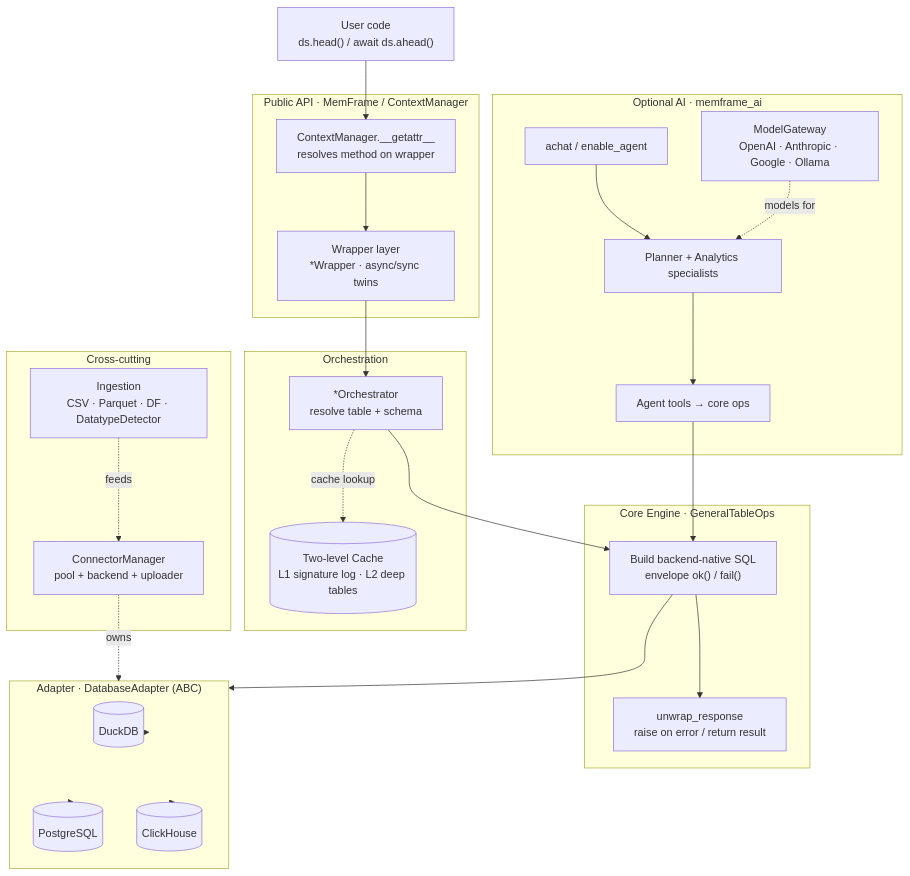
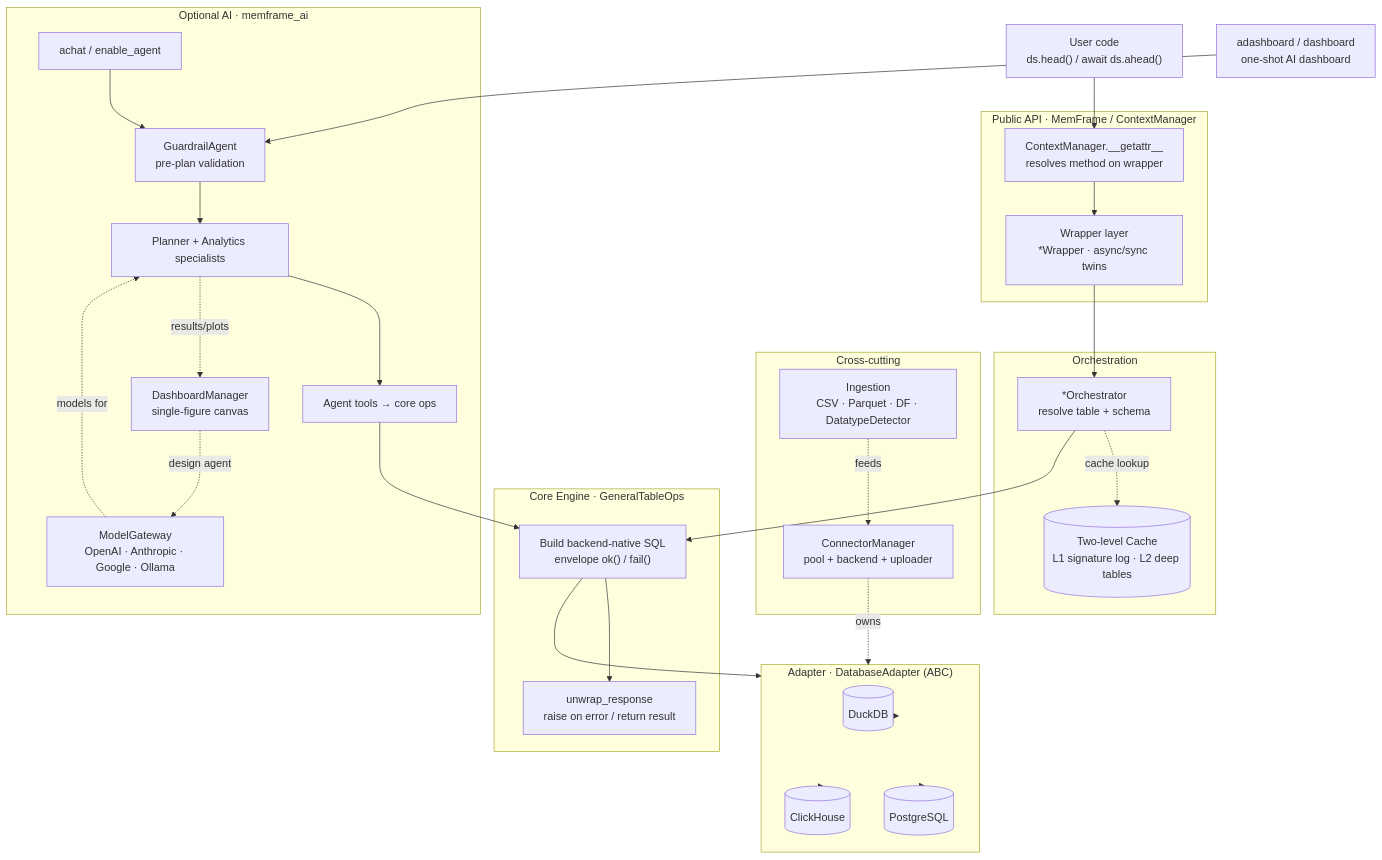
One commit to Debojit95/memFrame changed the diagram in docs/architecture.md. Above: the diagram before and after it, drawn with Mermaid. The commit also changed other lines of this file and 2 other files, not shown here.

Commit message:
docs: document query guardrail agent and dashboard architecture

````diff
--- a/docs/architecture.md
+++ b/docs/architecture.md
@@ -9,47 +9,55 @@
 ```mermaid
 flowchart TD
     U["User code<br/>ds.head() / await ds.ahead()"]
 
     subgraph PUBLIC["Public API · MemFrame / ContextManager"]
       CM["ContextManager.__getattr__<br/>resolves method on wrapper"]
       WR["Wrapper layer<br/>*Wrapper · async/sync twins"]
     end
 
     subgraph ORCH["Orchestration"]
       OR["*Orchestrator<br/>resolve table + schema"]
       CACHE[("Two-level Cache<br/>L1 signature log · L2 deep tables")]
     end
 
     subgraph CORE["Core Engine · GeneralTableOps"]
       SQL["Build backend-native SQL<br/>envelope ok() / fail()"]
       RESP["unwrap_response<br/>raise on error / return result"]
     end
 
     subgraph ADAPT["Adapter · DatabaseAdapter (ABC)"]
       D[("DuckDB")]
       P[("PostgreSQL")]
       C[("ClickHouse")]
     end
 
     subgraph SUBS["Cross-cutting"]
       CONN["ConnectorManager<br/>pool + backend + uploader"]
       ING["Ingestion<br/>CSV · Parquet · DF · DatatypeDetector"]
     end
 
     subgraph AI["Optional AI · memframe_ai"]
       CHAT["achat / enable_agent"]
+      GUARD["GuardrailAgent<br/>pre-plan validation"]
       AGT["Planner + Analytics specialists"]
       TOOLS["Agent tools → core ops"]
       GW["ModelGateway<br/>OpenAI · Anthropic · Google · Ollama"]
+      CANVAS["DashboardManager<br/>single-figure canvas"]
     end
+
+    ADASH["adashboard / dashboard<br/>one-shot AI dashboard"]
 
     U --> CM --> WR --> OR
     OR -. cache lookup .-> CACHE
     OR --> SQL --> ADAPT
     ADAPT --> D & P & C
     SQL --> RESP
     CONN -. owns .-> ADAPT
     ING -. feeds .-> CONN
-    CHAT --> AGT --> TOOLS --> SQL
+    CHAT --> GUARD
+    ADASH --> GUARD
+    GUARD --> AGT --> TOOLS --> SQL
+    AGT -. results/plots .-> CANVAS
+    CANVAS -. design agent .-> GW
     GW -. models for .-> AGT
 ```
````
